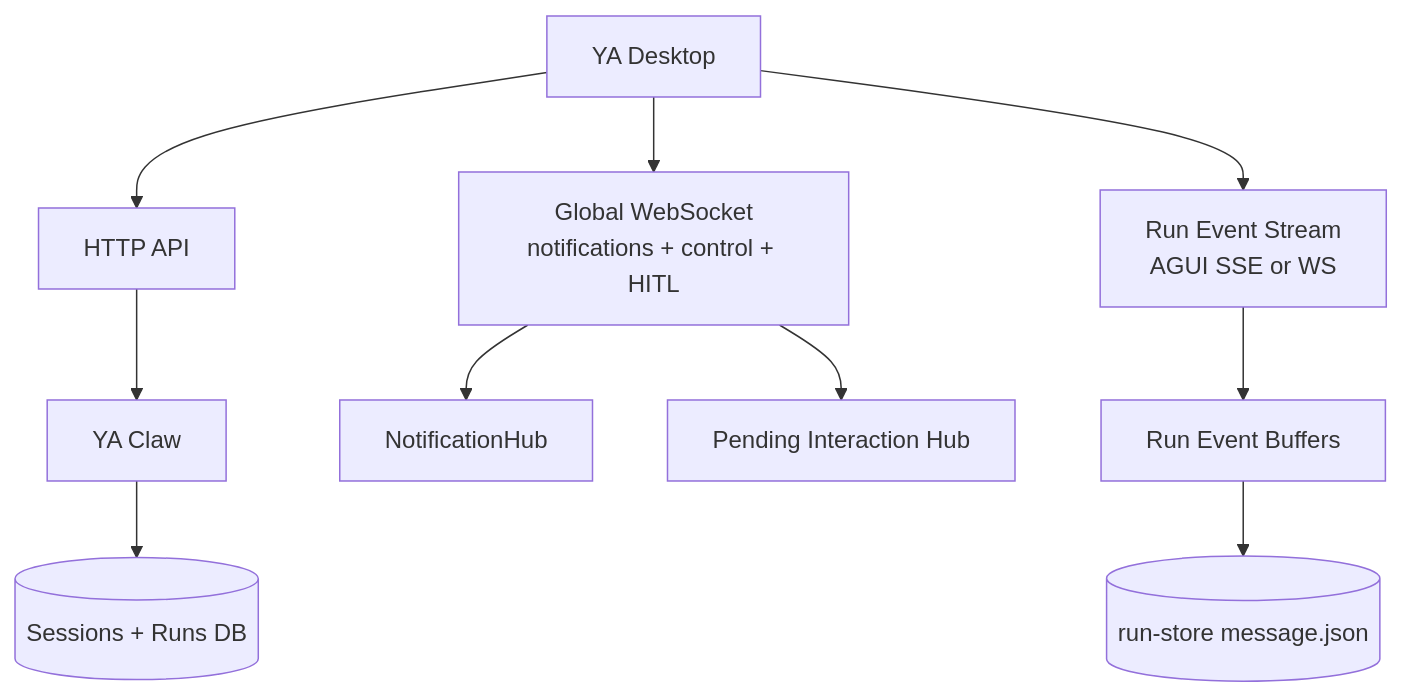
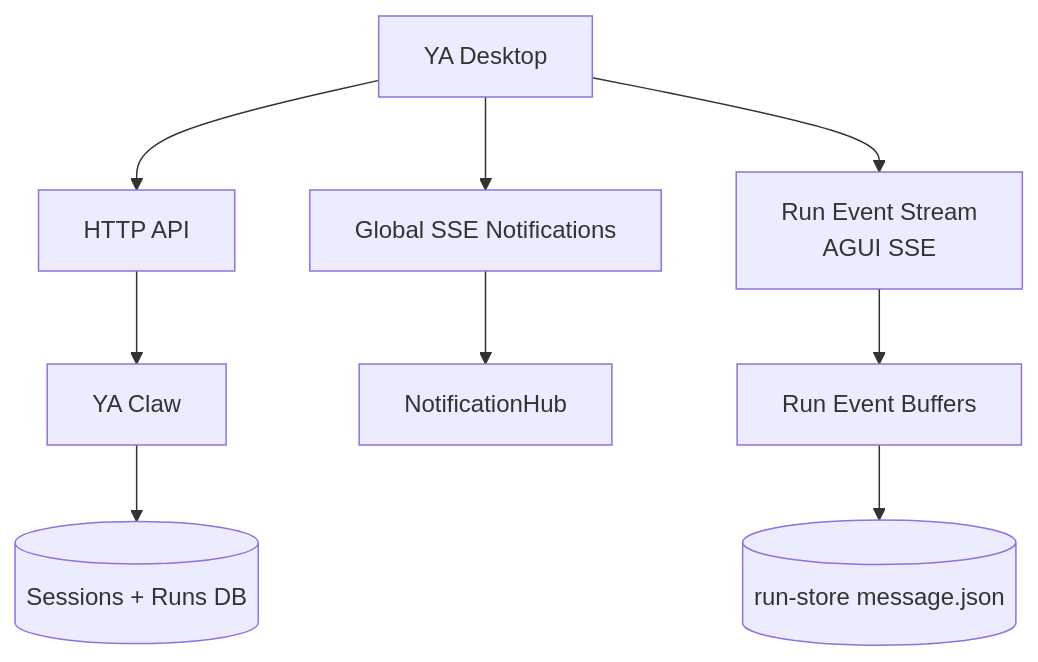
One commit to Alexsu26/ya-mono changed the first of 2 diagrams in apps/ya-desktop/spec/07-websocket-notifications-and-hitl.md. Above: the diagram before and after it, drawn with Mermaid. The commit also changed other lines of this file and 24 other files, not shown here.

````diff
--- a/apps/ya-desktop/spec/07-websocket-notifications-and-hitl.md
+++ b/apps/ya-desktop/spec/07-websocket-notifications-and-hitl.md
@@ -22,14 +22,13 @@
 ```mermaid
 flowchart TB
     Desktop[YA Desktop] --> HTTP[HTTP API]
-    Desktop --> GlobalWS[Global WebSocket<br/>notifications + control + HITL]
-    Desktop --> RunStream[Run Event Stream<br/>AGUI SSE or WS]
+    Desktop --> GlobalSSE[Global SSE Notifications]
+    Desktop --> RunStream[Run Event Stream<br/>AGUI SSE]
 
     HTTP --> Claw[YA Claw]
-    GlobalWS --> NotificationHub[NotificationHub]
-    GlobalWS --> InteractionHub[Pending Interaction Hub]
+    GlobalSSE --> NotificationHub[NotificationHub]
     RunStream --> RuntimeState[Run Event Buffers]
 
     Claw --> DB[(Sessions + Runs DB)]
     RuntimeState --> RunStore[(run-store message.json)]
 ```
````
